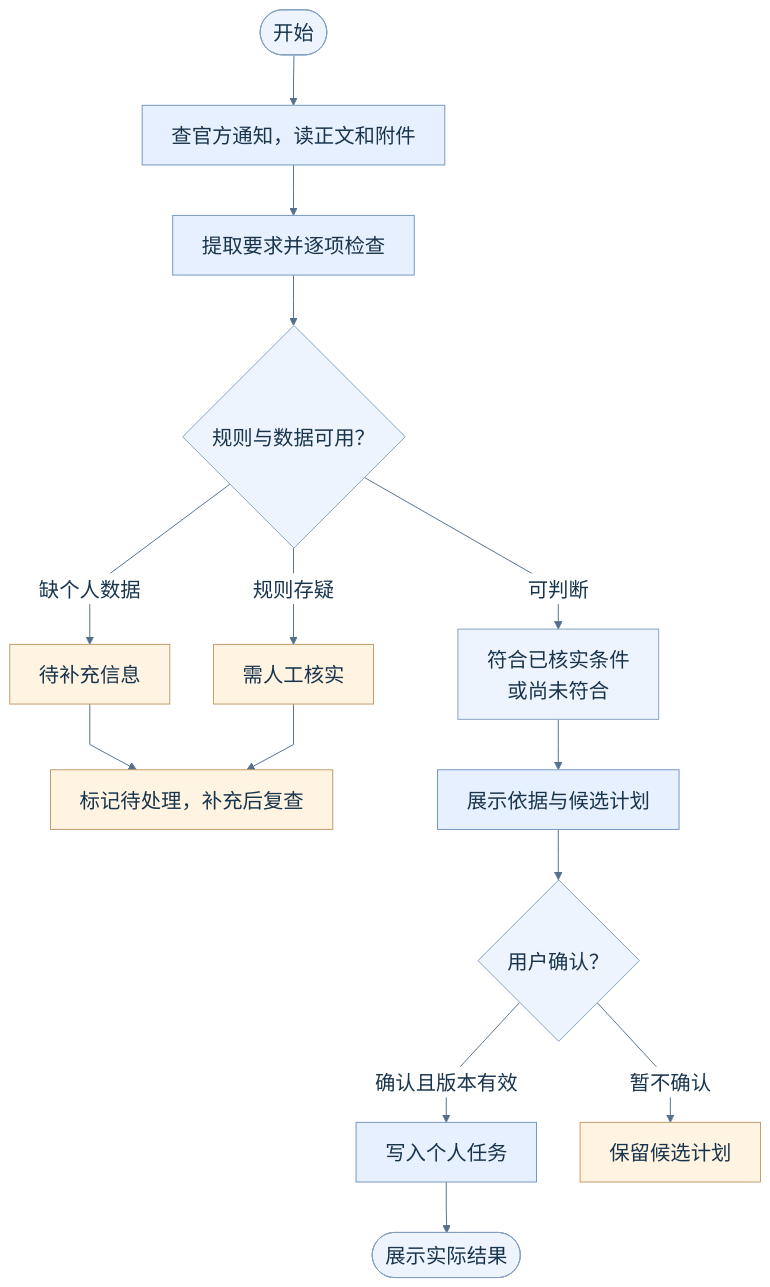
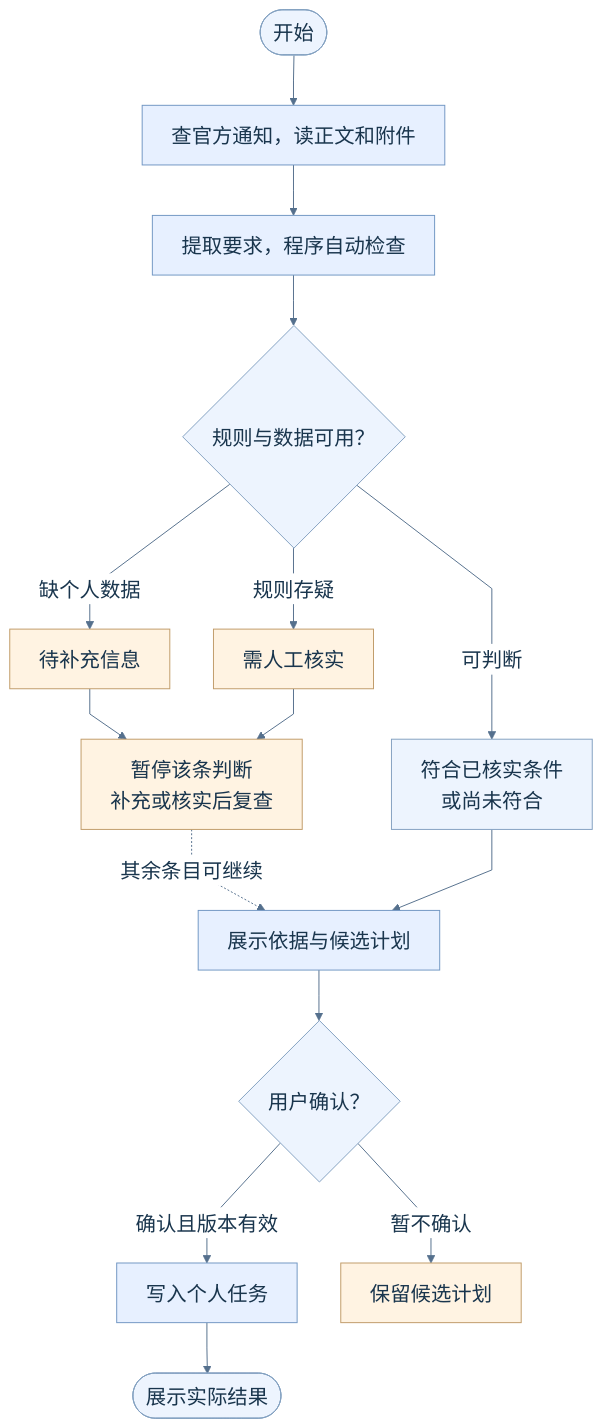
One commit to LotteryCamp/OfferPilot changed the diagram in docs/agent/diagrams/02_任务活动.mmd. Above: the diagram before and after it, drawn with Mermaid. The commit also changed 8 other files, not shown here.

```diff
--- a/docs/agent/diagrams/02_任务活动.mmd
+++ b/docs/agent/diagrams/02_任务活动.mmd
@@ -1,57 +1,58 @@
 ---
 config:
   theme: base
   themeCSS: 'text.messageText { paint-order: stroke; stroke: white; stroke-width: 5px; stroke-linejoin: round; }'
   themeVariables:
     fontFamily: "Microsoft YaHei, sans-serif"
     fontSize: "21px"
     primaryColor: "#EDF4FE"
     primaryBorderColor: "#83A0C1"
     primaryTextColor: "#19354D"
     secondaryColor: "#EBF6F1"
     tertiaryColor: "#F5F8FC"
     lineColor: "#55708D"
     edgeLabelBackground: "#FFFFFF"
     clusterBkg: "#F4F8FC"
     clusterBorder: "#B3C8DC"
     actorBkg: "#EDF4FE"
     actorBorder: "#8DAAC8"
     actorTextColor: "#19354D"
     actorLineColor: "#B8CBDE"
     signalColor: "#294E70"
     signalTextColor: "#19354D"
     labelBoxBkgColor: "#EBF6F1"
     labelBoxBorderColor: "#9ABBAE"
     loopTextColor: "#19354D"
     actorFontSize: "20px"
     messageFontSize: "19px"
     sequenceNumberColor: "#FFFFFF"
   flowchart:
     curve: linear
     wrappingWidth: 300
     nodeSpacing: 45
     rankSpacing: 52
   sequence:
     mirrorActors: true
     actorMargin: 60
     messageMargin: 25
     boxMargin: 12
 ---
 flowchart TB
     S([开始]) --> R["查官方通知，读正文和附件"]
-    R --> C["提取要求并逐项检查"]
+    R --> C["提取要求，程序自动检查"]
     C --> Q{"规则与数据可用？"}
     Q -->|"缺个人数据"| P["待补充信息"]
     Q -->|"规则存疑"| H["需人工核实"]
     Q -->|"可判断"| V["符合已核实条件<br/>或尚未符合"]
-    P --> E["标记待处理，补充后复查"]
+    P --> E["暂停该条判断<br/>补充或核实后复查"]
     H --> E
+    E -. 其余条目可继续 .-> N
     V --> N["展示依据与候选计划"]
     N --> J{"用户确认？"}
     J -->|"确认且版本有效"| W["写入个人任务"]
     J -->|"暂不确认"| D["保留候选计划"]
     W --> X([展示实际结果])
     classDef core fill:#E7F0FF,stroke:#7196C3
     classDef wait fill:#FFF3E2,stroke:#C09B68
     class R,C,N,W core
     class P,H,E,D wait
```
